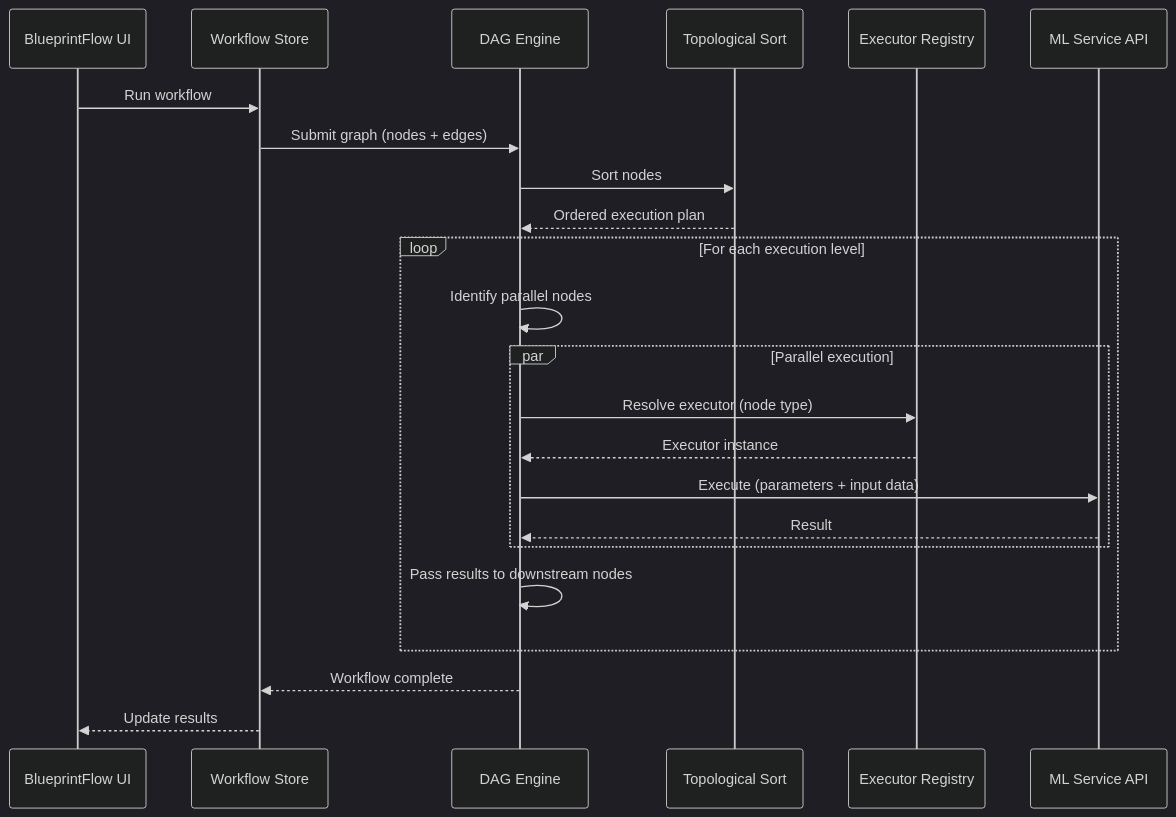
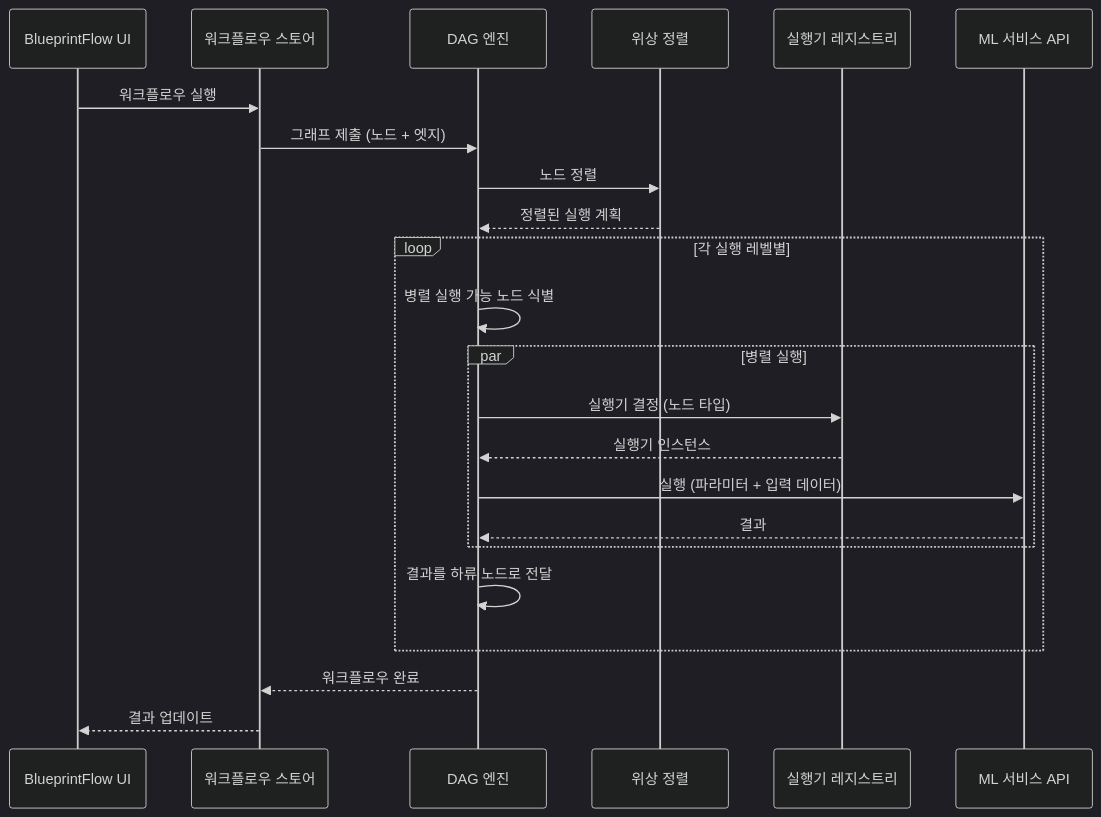
One commit to uprootai/AX_OCR changed the first of 3 diagrams in docs-site/docs/blueprintflow/dag-engine.md. Above: the diagram before and after it, drawn with Mermaid (dark theme). The commit also changed other lines of this file and 64 other files, not shown here.

````diff
--- a/docs-site/docs/blueprintflow/dag-engine.md
+++ b/docs-site/docs/blueprintflow/dag-engine.md
@@ -13,26 +13,26 @@
 ```mermaid
 sequenceDiagram
     participant UI as BlueprintFlow UI
-    participant Store as Workflow Store
-    participant Engine as DAG Engine
-    participant Topo as Topological Sort
-    participant Registry as Executor Registry
-    participant API as ML Service API
+    participant Store as 워크플로우 스토어
+    participant Engine as DAG 엔진
+    participant Topo as 위상 정렬
+    participant Registry as 실행기 레지스트리
+    participant API as ML 서비스 API
 
-    UI->>Store: Run workflow
-    Store->>Engine: Submit graph (nodes + edges)
-    Engine->>Topo: Sort nodes
-    Topo-->>Engine: Ordered execution plan
-    loop For each execution level
-        Engine->>Engine: Identify parallel nodes
-        par Parallel execution
-            Engine->>Registry: Resolve executor (node type)
-            Registry-->>Engine: Executor instance
-            Engine->>API: Execute (parameters + input data)
-            API-->>Engine: Result
+    UI->>Store: 워크플로우 실행
+    Store->>Engine: 그래프 제출 (노드 + 엣지)
+    Engine->>Topo: 노드 정렬
+    Topo-->>Engine: 정렬된 실행 계획
+    loop 각 실행 레벨별
+        Engine->>Engine: 병렬 실행 가능 노드 식별
+        par 병렬 실행
+            Engine->>Registry: 실행기 결정 (노드 타입)
+            Registry-->>Engine: 실행기 인스턴스
+            Engine->>API: 실행 (파라미터 + 입력 데이터)
+            API-->>Engine: 결과
         end
-        Engine->>Engine: Pass results to downstream nodes
+        Engine->>Engine: 결과를 하류 노드로 전달
     end
-    Engine-->>Store: Workflow complete
-    Store-->>UI: Update results
+    Engine-->>Store: 워크플로우 완료
+    Store-->>UI: 결과 업데이트
 ```
````
